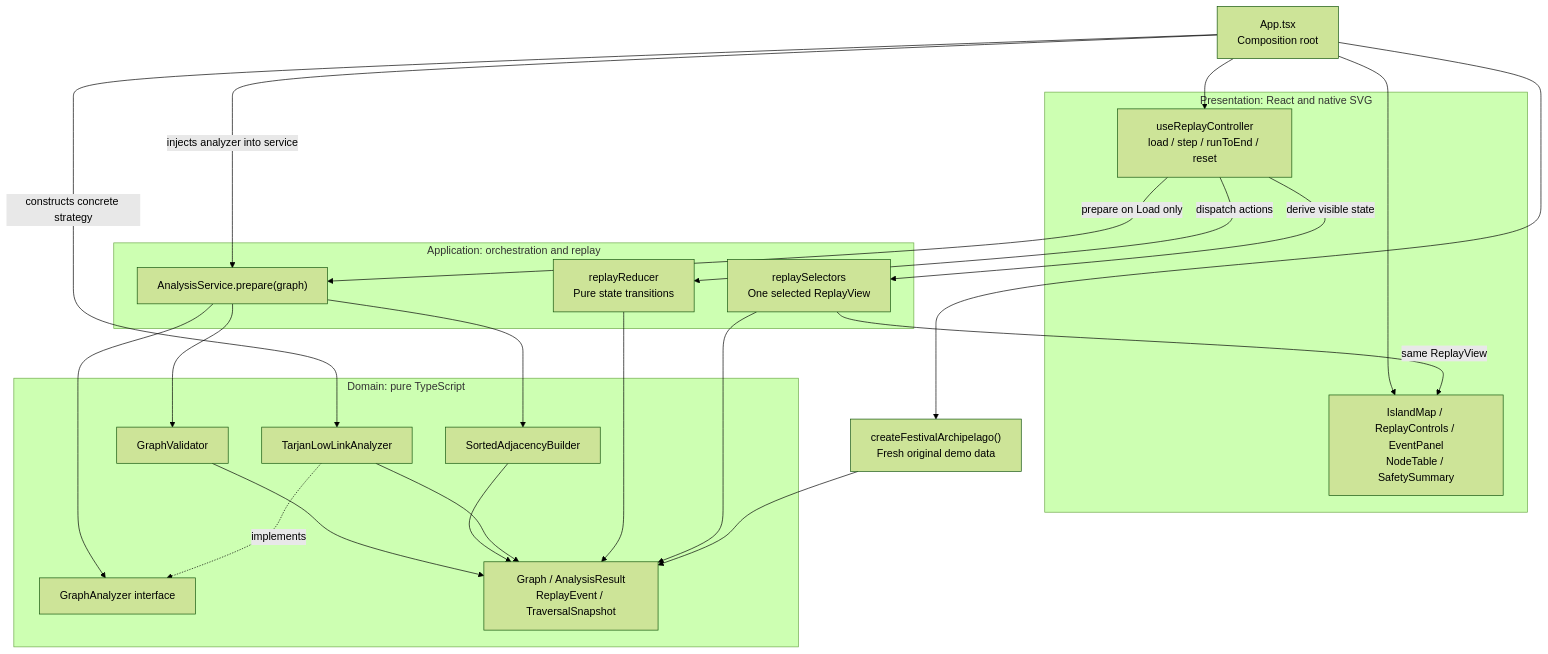
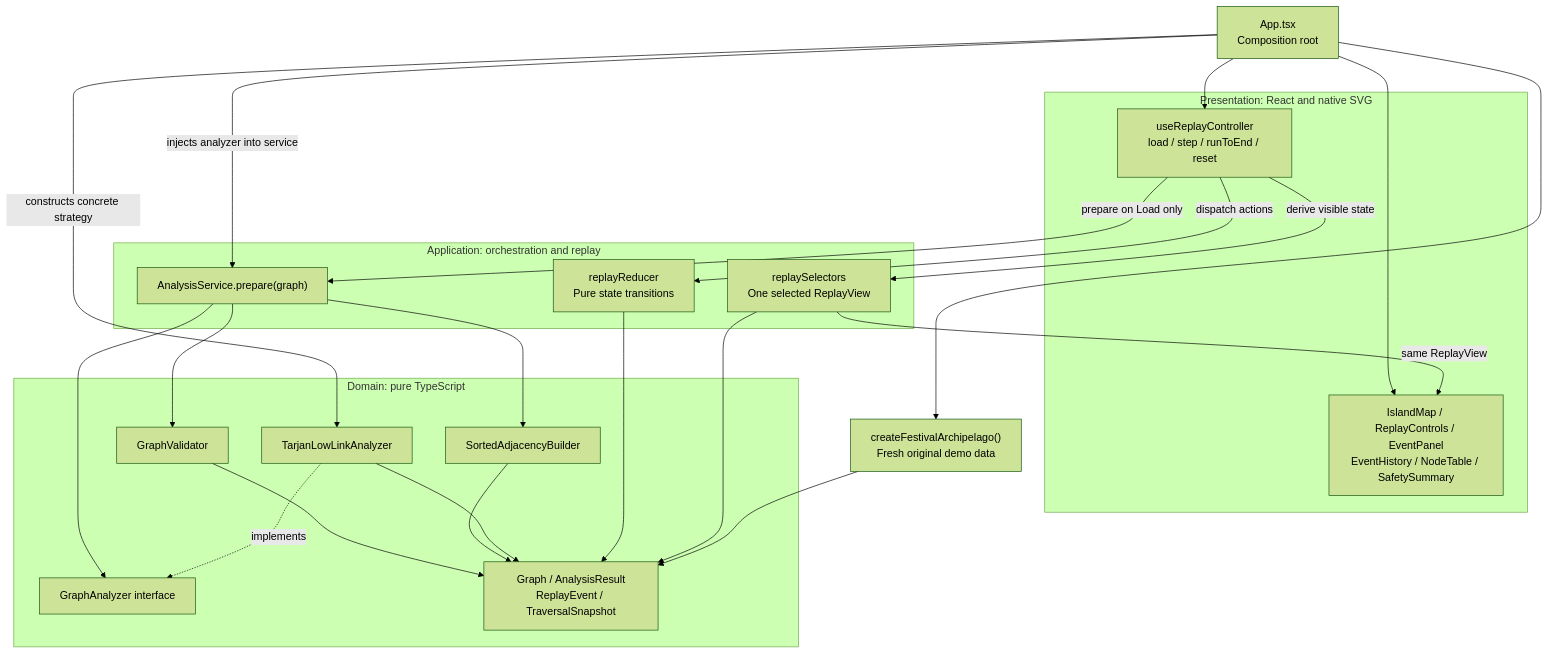
Before and after one commit to sonisiiuu7/treasure-island-map: the diagram in docs/diagrams/architecture.mmd, drawn with Mermaid (forest theme). The commit also changed 34 other files, not shown here.

Commit message:
Complete phase 5 safety map UI and verification evidence

```diff
--- a/docs/diagrams/architecture.mmd
+++ b/docs/diagrams/architecture.mmd
@@ -1,43 +1,43 @@
 flowchart TB
     App["App.tsx<br/>Composition root"]
 
     subgraph Presentation["Presentation: React and native SVG"]
         Controller["useReplayController<br/>load / step / runToEnd / reset"]
-        Panels["IslandMap / ReplayControls / EventPanel<br/>NodeTable / SafetySummary"]
+        Panels["IslandMap / ReplayControls / EventPanel<br/>EventHistory / NodeTable / SafetySummary"]
     end
 
     subgraph Application["Application: orchestration and replay"]
         Service["AnalysisService.prepare(graph)"]
         Reducer["replayReducer<br/>Pure state transitions"]
         Selectors["replaySelectors<br/>One selected ReplayView"]
     end
 
     subgraph Domain["Domain: pure TypeScript"]
         Validate["GraphValidator"]
         Build["SortedAdjacencyBuilder"]
         Contract["GraphAnalyzer interface"]
         Tarjan["TarjanLowLinkAnalyzer"]
         Models["Graph / AnalysisResult<br/>ReplayEvent / TraversalSnapshot"]
     end
 
     Factory["createFestivalArchipelago()<br/>Fresh original demo data"]
 
     App --> Controller
     App --> Panels
     App --> Factory
     App -->|"injects analyzer into service"| Service
     App -->|"constructs concrete strategy"| Tarjan
     Controller -->|"prepare on Load only"| Service
     Controller -->|"dispatch actions"| Reducer
     Controller -->|"derive visible state"| Selectors
     Selectors -->|"same ReplayView"| Panels
     Service --> Validate
     Service --> Build
     Service --> Contract
     Tarjan -.->|"implements"| Contract
     Validate --> Models
     Build --> Models
     Tarjan --> Models
     Reducer --> Models
     Selectors --> Models
     Factory --> Models
```
